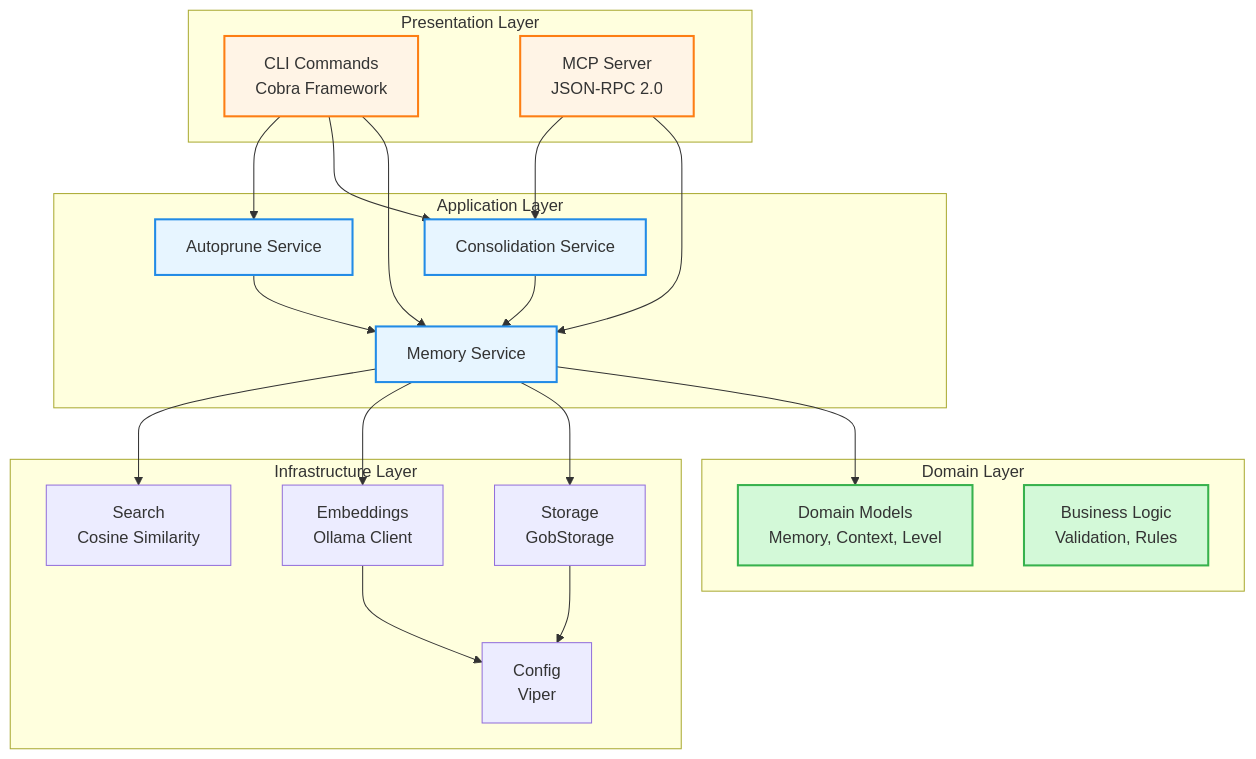
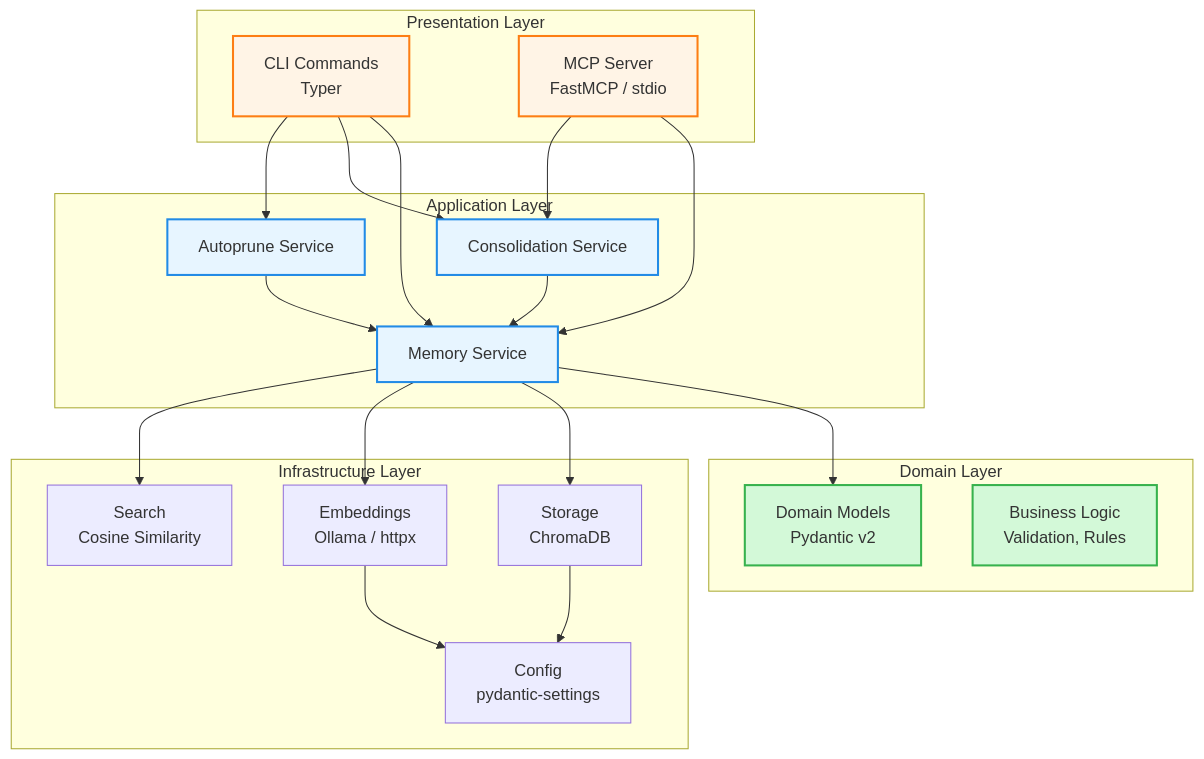
The first of 8 diagrams in .agents/instructions/overview.md (fmatsos/cortex), drawn with Mermaid before and after one commit. The commit also changed other lines of this file and 193 other files, not shown here.

First line of the commit message:
feat: rewrite Cortex from Go to Python (Typer/ChromaDB/pydantic-settings) (#42)

````diff
--- a/.agents/instructions/overview.md
+++ b/.agents/instructions/overview.md
@@ -26,50 +26,50 @@
 ```mermaid
 graph TB
     subgraph "Presentation Layer"
-        CLI[CLI Commands<br/>Cobra Framework]
-        MCP[MCP Server<br/>JSON-RPC 2.0]
+        CLI[CLI Commands<br/>Typer]
+        MCP[MCP Server<br/>FastMCP / stdio]
     end
 
     subgraph "Application Layer"
         MS[Memory Service]
         CS[Consolidation Service]
         AS[Autoprune Service]
     end
 
     subgraph "Domain Layer"
-        DM[Domain Models<br/>Memory, Context, Level]
+        DM[Domain Models<br/>Pydantic v2]
         BL[Business Logic<br/>Validation, Rules]
     end
 
     subgraph "Infrastructure Layer"
-        ST[Storage<br/>GobStorage]
-        EM[Embeddings<br/>Ollama Client]
+        ST[Storage<br/>ChromaDB]
+        EM[Embeddings<br/>Ollama / httpx]
         SE[Search<br/>Cosine Similarity]
-        CF[Config<br/>Viper]
+        CF[Config<br/>pydantic-settings]
     end
 
     CLI --> MS
     CLI --> CS
     CLI --> AS
     MCP --> MS
     MCP --> CS
 
     MS --> DM
     MS --> ST
     MS --> EM
     MS --> SE
 
     CS --> MS
     AS --> MS
 
     ST --> CF
     EM --> CF
 
     style CLI fill:#fff4e6,stroke:#fd7e14,stroke-width:2px
     style MCP fill:#fff4e6,stroke:#fd7e14,stroke-width:2px
     style MS fill:#e7f5ff,stroke:#228be6,stroke-width:2px
     style CS fill:#e7f5ff,stroke:#228be6,stroke-width:2px
     style AS fill:#e7f5ff,stroke:#228be6,stroke-width:2px
     style DM fill:#d3f9d8,stroke:#37b24d,stroke-width:2px
     style BL fill:#d3f9d8,stroke:#37b24d,stroke-width:2px
 ```
````
